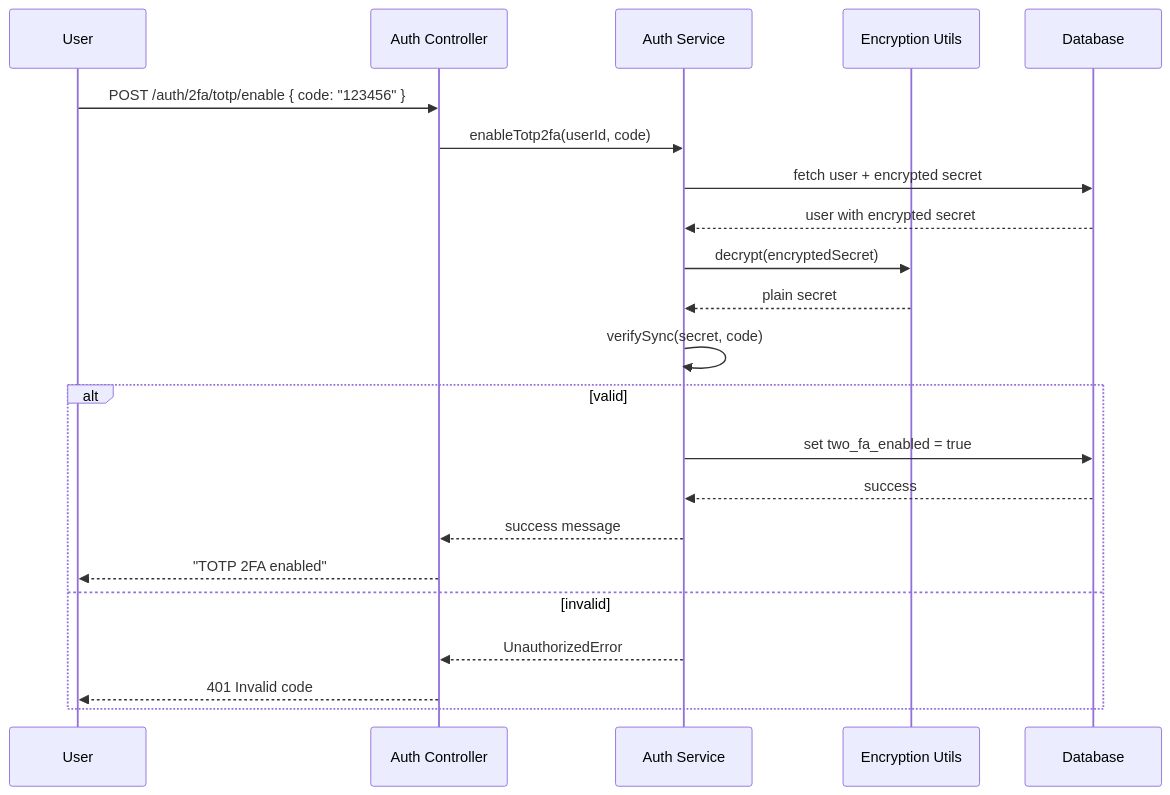
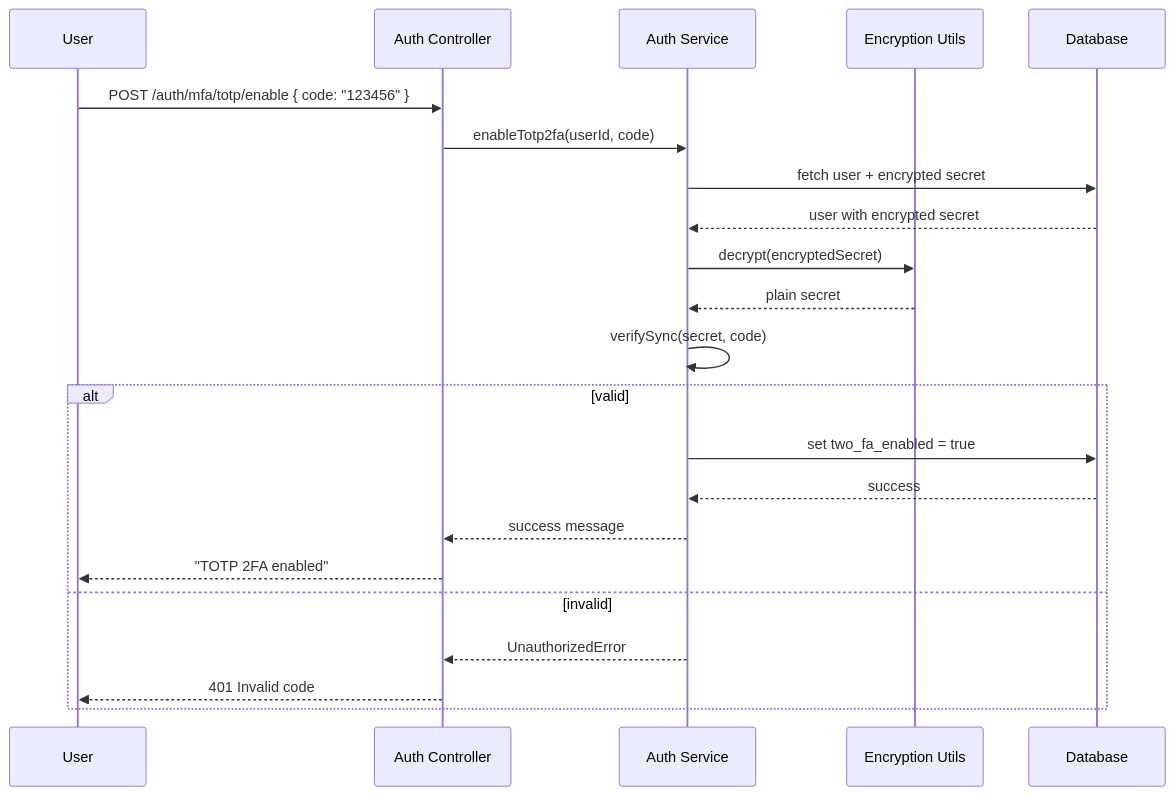
Before and after one commit to daviduzondu/skillbridge-stage-5-be: the third of 7 diagrams in system-design.md, drawn with Mermaid. The commit also changed other lines of this file and 11 other files, not shown here.

````diff
--- a/system-design.md
+++ b/system-design.md
@@ -74,25 +77,25 @@
 ```mermaid
 sequenceDiagram
     participant U as User
     participant C as Auth Controller
     participant S as Auth Service
     participant E as Encryption Utils
     participant DB as Database
 
-    U->>C: POST /auth/2fa/totp/enable { code: "123456" }
+    U->>C: POST /auth/mfa/totp/enable { code: "123456" }
     C->>S: enableTotp2fa(userId, code)
     S->>DB: fetch user + encrypted secret
     DB-->>S: user with encrypted secret
     S->>E: decrypt(encryptedSecret)
     E-->>S: plain secret
     S->>S: verifySync(secret, code)
     alt valid
         S->>DB: set two_fa_enabled = true
         DB-->>S: success
         S-->>C: success message
         C-->>U: "TOTP 2FA enabled"
     else invalid
         S-->>C: UnauthorizedError
         C-->>U: 401 Invalid code
     end
 ```
````
